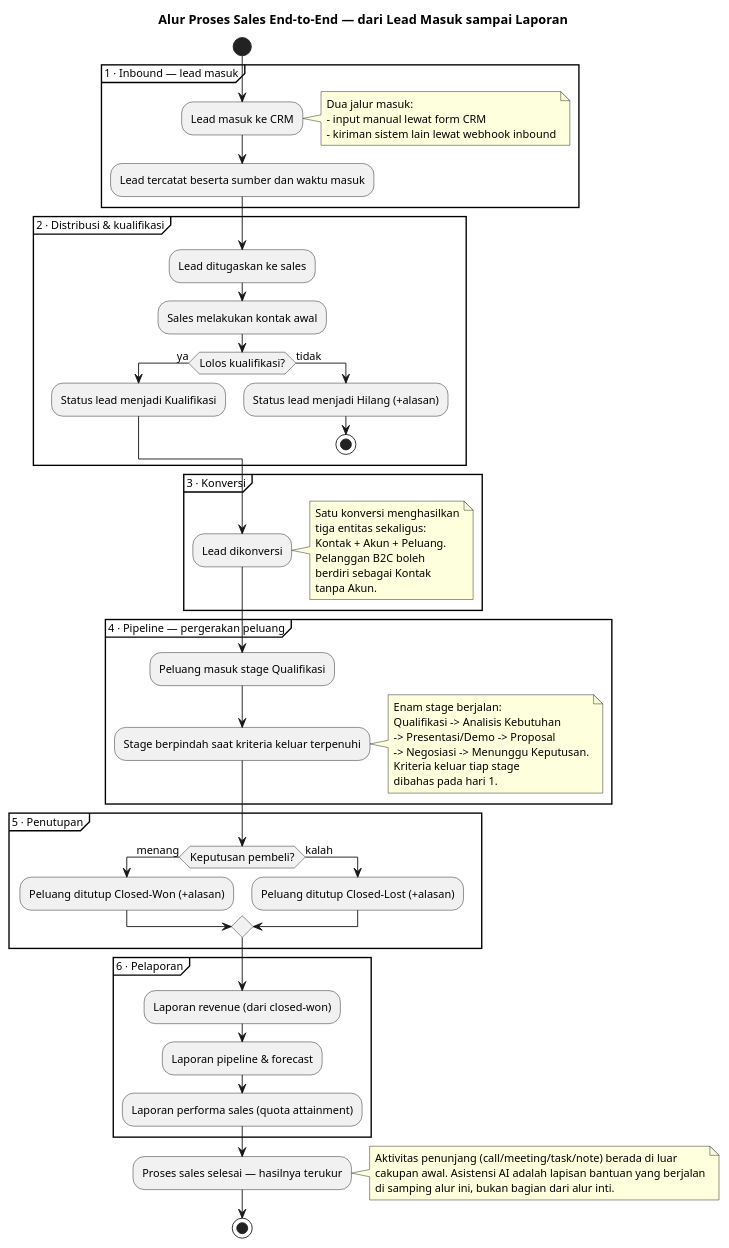
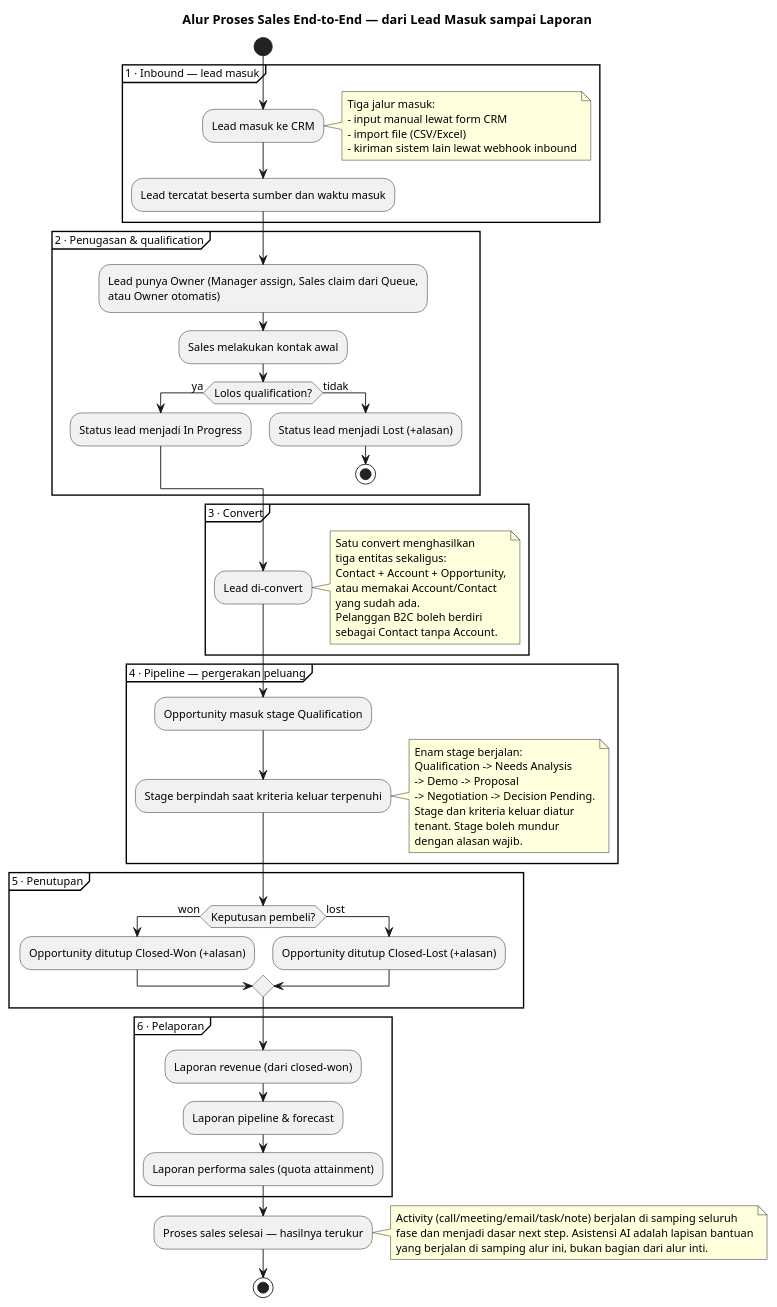
Before and after one commit to yudha-tlab/ai-os-knowledge: the diagram in knowledge/projects/bootcamp-crm/requirements/brd/diagrams/11-alur-proses-sales-end-to-end.puml, drawn with PlantUML. The commit also changed 34 other files, not shown here.

First line of the commit message:
docs(bootcamp-crm): CR-20261013-001 — Activity mandatory minimal, konfigurasi tenant, penugasan lead; BRD v5.3 + spesifikasi v1.3

```diff
--- a/knowledge/projects/bootcamp-crm/requirements/brd/diagrams/11-alur-proses-sales-end-to-end.puml
+++ b/knowledge/projects/bootcamp-crm/requirements/brd/diagrams/11-alur-proses-sales-end-to-end.puml
@@ -1,70 +1,73 @@
 @startuml
 title Alur Proses Sales End-to-End — dari Lead Masuk sampai Laporan
 
 skinparam shadowing false
 skinparam defaultFontSize 12
 
 start
 partition "1 · Inbound — lead masuk" {
   :Lead masuk ke CRM;
   note right
-    Dua jalur masuk:
+    Tiga jalur masuk:
     - input manual lewat form CRM
+    - import file (CSV/Excel)
     - kiriman sistem lain lewat webhook inbound
   end note
   :Lead tercatat beserta sumber dan waktu masuk;
 }
-partition "2 · Distribusi & kualifikasi" {
-  :Lead ditugaskan ke sales;
+partition "2 · Penugasan & qualification" {
+  :Lead punya Owner (Manager assign, Sales claim dari Queue,\natau Owner otomatis);
   :Sales melakukan kontak awal;
-  if (Lolos kualifikasi?) then (ya)
-    :Status lead menjadi Kualifikasi;
+  if (Lolos qualification?) then (ya)
+    :Status lead menjadi In Progress;
   else (tidak)
-    :Status lead menjadi Hilang (+alasan);
+    :Status lead menjadi Lost (+alasan);
     stop
   endif
 }
-partition "3 · Konversi" {
-  :Lead dikonversi;
+partition "3 · Convert" {
+  :Lead di-convert;
   note right
-    Satu konversi menghasilkan
+    Satu convert menghasilkan
     tiga entitas sekaligus:
-    Kontak + Akun + Peluang.
-    Pelanggan B2C boleh
-    berdiri sebagai Kontak
-    tanpa Akun.
+    Contact + Account + Opportunity,
+    atau memakai Account/Contact
+    yang sudah ada.
+    Pelanggan B2C boleh berdiri
+    sebagai Contact tanpa Account.
   end note
 }
 partition "4 · Pipeline — pergerakan peluang" {
-  :Peluang masuk stage Qualifikasi;
+  :Opportunity masuk stage Qualification;
   :Stage berpindah saat kriteria keluar terpenuhi;
   note right
     Enam stage berjalan:
-    Qualifikasi -> Analisis Kebutuhan
-    -> Presentasi/Demo -> Proposal
-    -> Negosiasi -> Menunggu Keputusan.
-    Kriteria keluar tiap stage
-    dibahas pada hari 1.
+    Qualification -> Needs Analysis
+    -> Demo -> Proposal
+    -> Negotiation -> Decision Pending.
+    Stage dan kriteria keluar diatur
+    tenant. Stage boleh mundur
+    dengan alasan wajib.
   end note
 }
 partition "5 · Penutupan" {
-  if (Keputusan pembeli?) then (menang)
-    :Peluang ditutup Closed-Won (+alasan);
-  else (kalah)
-    :Peluang ditutup Closed-Lost (+alasan);
+  if (Keputusan pembeli?) then (won)
+    :Opportunity ditutup Closed-Won (+alasan);
+  else (lost)
+    :Opportunity ditutup Closed-Lost (+alasan);
   endif
 }
 partition "6 · Pelaporan" {
   :Laporan revenue (dari closed-won);
   :Laporan pipeline & forecast;
   :Laporan performa sales (quota attainment);
 }
 :Proses sales selesai — hasilnya terukur;
 
 note right
-  Aktivitas penunjang (call/meeting/task/note) berada di luar
-  cakupan awal. Asistensi AI adalah lapisan bantuan yang berjalan
-  di samping alur ini, bukan bagian dari alur inti.
+  Activity (call/meeting/email/task/note) berjalan di samping seluruh
+  fase dan menjadi dasar next step. Asistensi AI adalah lapisan bantuan
+  yang berjalan di samping alur ini, bukan bagian dari alur inti.
 end note
 stop
 @enduml
```
